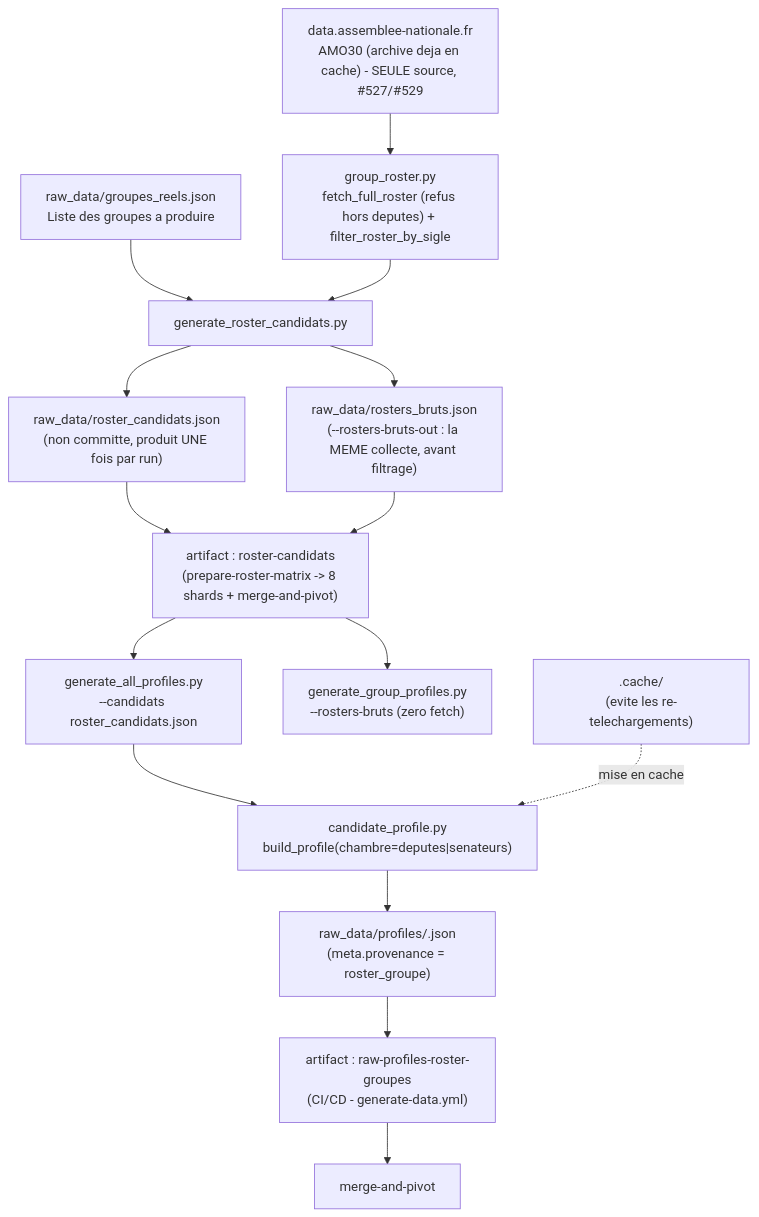
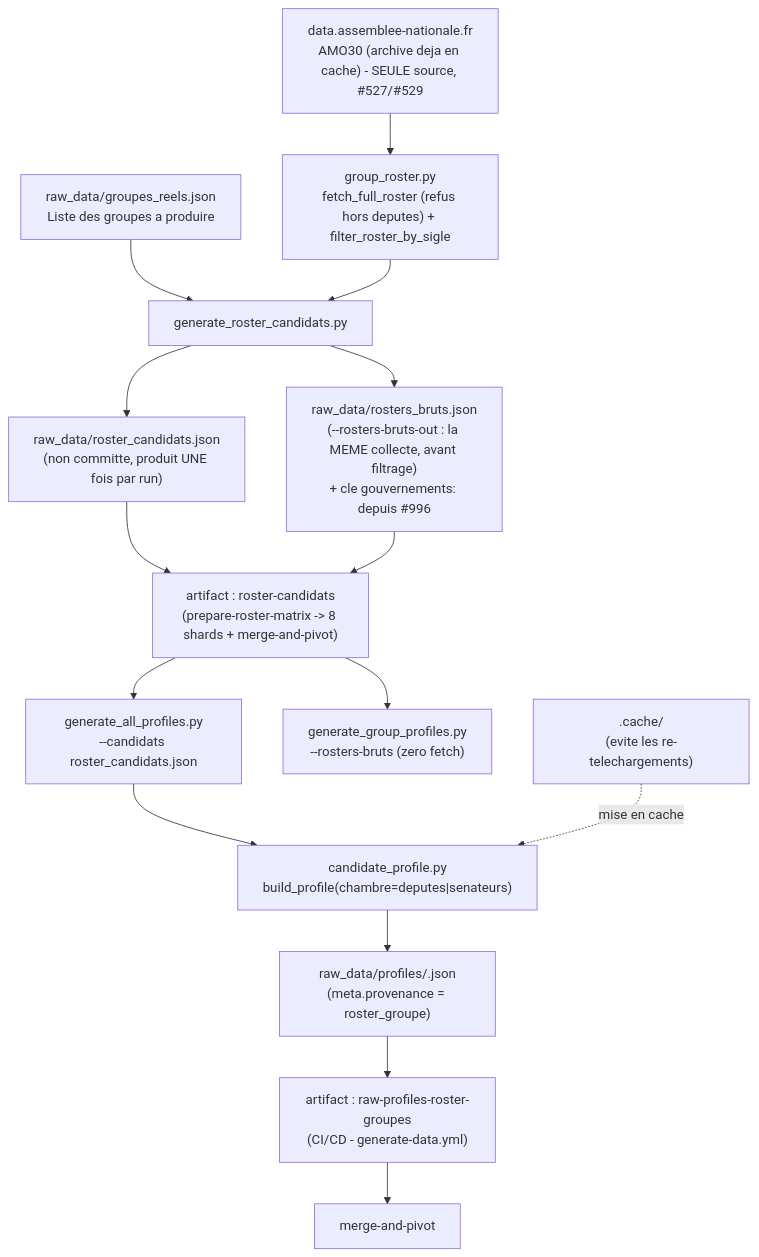
Before and after one commit to stephieED/Empreinte-politique-src: the diagram in docs/extract-roster-groupes.md, drawn with Mermaid. The commit also changed other lines of this file and 3 other files, not shown here.

````diff
--- a/docs/extract-roster-groupes.md
+++ b/docs/extract-roster-groupes.md
@@ -187,22 +187,22 @@
 ```mermaid
 flowchart TD
     G0["raw_data/groupes_reels.json\nListe des groupes a produire"] --> RC["generate_roster_candidats.py"]
 
     AMO["data.assemblee-nationale.fr\nAMO30 (archive deja en cache) - SEULE source, #527/#529"] --> GR["group_roster.py\nfetch_full_roster (refus hors deputes) + filter_roster_by_sigle"]
     GR --> RC
 
     RC --> RCJ["raw_data/roster_candidats.json\n(non committe, produit UNE fois par run)"]
-    RC --> RBJ["raw_data/rosters_bruts.json\n(--rosters-bruts-out : la MEME collecte, avant filtrage)"]
+    RC --> RBJ["raw_data/rosters_bruts.json\n(--rosters-bruts-out : la MEME collecte, avant filtrage)\n+ cle gouvernements: depuis #996"]
 
     RCJ --> ART["artifact : roster-candidats\n(prepare-roster-matrix -> 8 shards + merge-and-pivot)"]
     RBJ --> ART
     ART --> B["generate_all_profiles.py\n--candidats roster_candidats.json"]
     ART --> GP["generate_group_profiles.py\n--rosters-bruts (zero fetch)"]
     B --> C["candidate_profile.py\nbuild_profile(chambre=deputes|senateurs)"]
 
     CACHE[".cache/\n(evite les re-telechargements)"] -. mise en cache .-> C
 
     C --> D["raw_data/profiles/<slug>.json\n(meta.provenance = roster_groupe)"]
     D --> E["artifact : raw-profiles-roster-groupes\n(CI/CD - generate-data.yml)"]
     E --> F["merge-and-pivot"]
 ```
````
